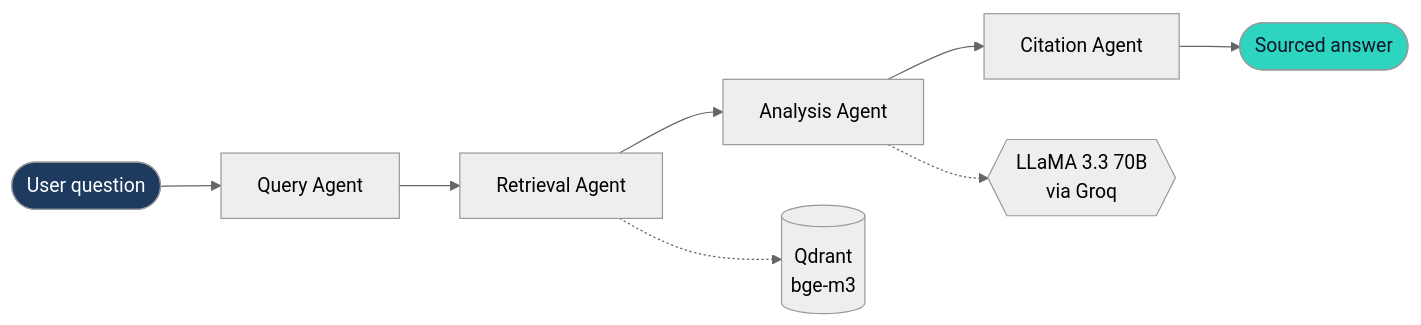
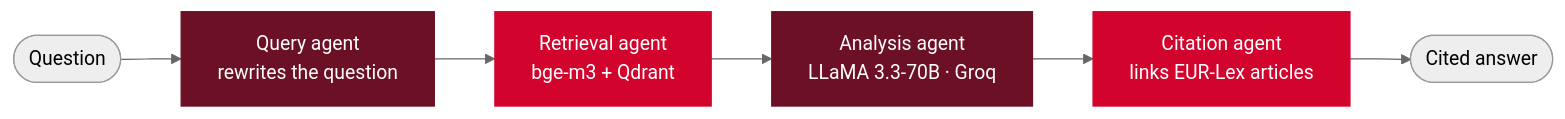
One commit to Ikram-Saidane/Ikram-Saidane changed the diagram in README.md. Above: the diagram before and after it, drawn with Mermaid (neutral theme). The commit also changed other lines of this file, not shown here.

````diff
--- a/README.md
+++ b/README.md
@@ -43,12 +40,12 @@
 ```mermaid
 flowchart LR
-    U([User question]) --> Q[Query Agent]
-    Q --> R[Retrieval Agent]
-    R --> A[Analysis Agent]
-    A --> C[Citation Agent]
-    C --> O([Sourced answer])
-    R -.-> V[(Qdrant<br/>bge-m3)]
-    A -.-> L{{LLaMA 3.3 70B<br/>via Groq}}
-    style U fill:#1E3A5F,color:#fff
-    style O fill:#2DD4BF,color:#0F172A
+    Q([Question]) --> A1[Query agent<br/>rewrites the question]
+    A1 --> A2[Retrieval agent<br/>bge-m3 + Qdrant]
+    A2 --> A3[Analysis agent<br/>LLaMA 3.3-70B · Groq]
+    A3 --> A4[Citation agent<br/>links EUR-Lex articles]
+    A4 --> R([Cited answer])
+    style A1 fill:#6C1026,color:#fff,stroke:#6C1026
+    style A2 fill:#D2042D,color:#fff,stroke:#D2042D
+    style A3 fill:#6C1026,color:#fff,stroke:#6C1026
+    style A4 fill:#D2042D,color:#fff,stroke:#D2042D
 ```
````
